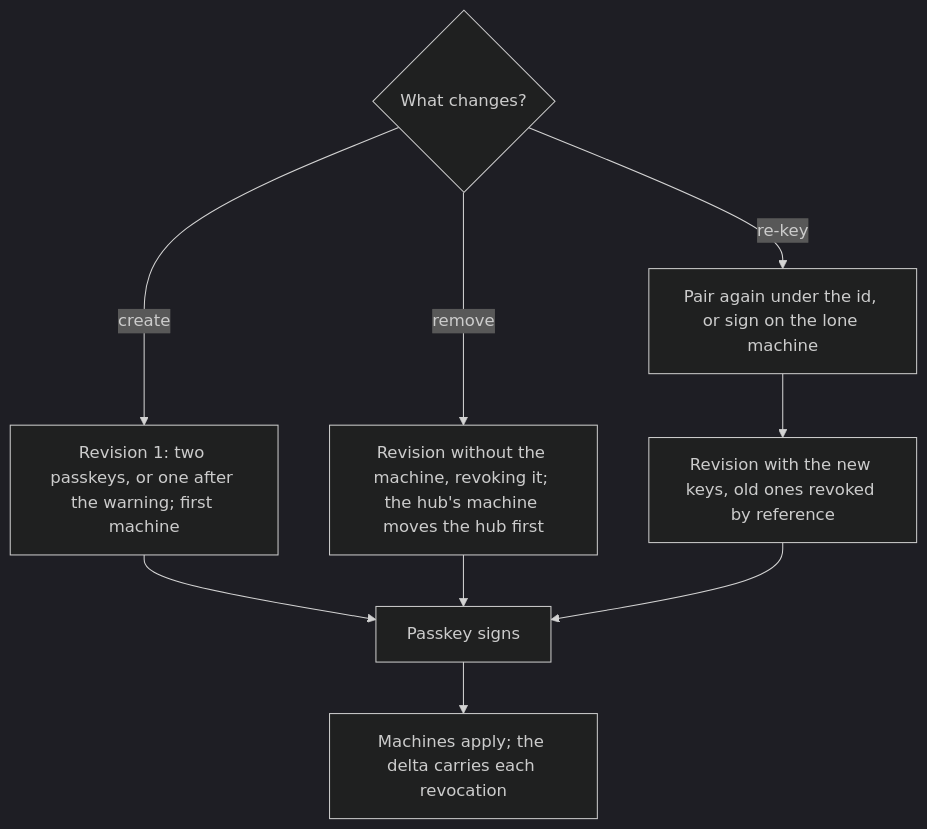
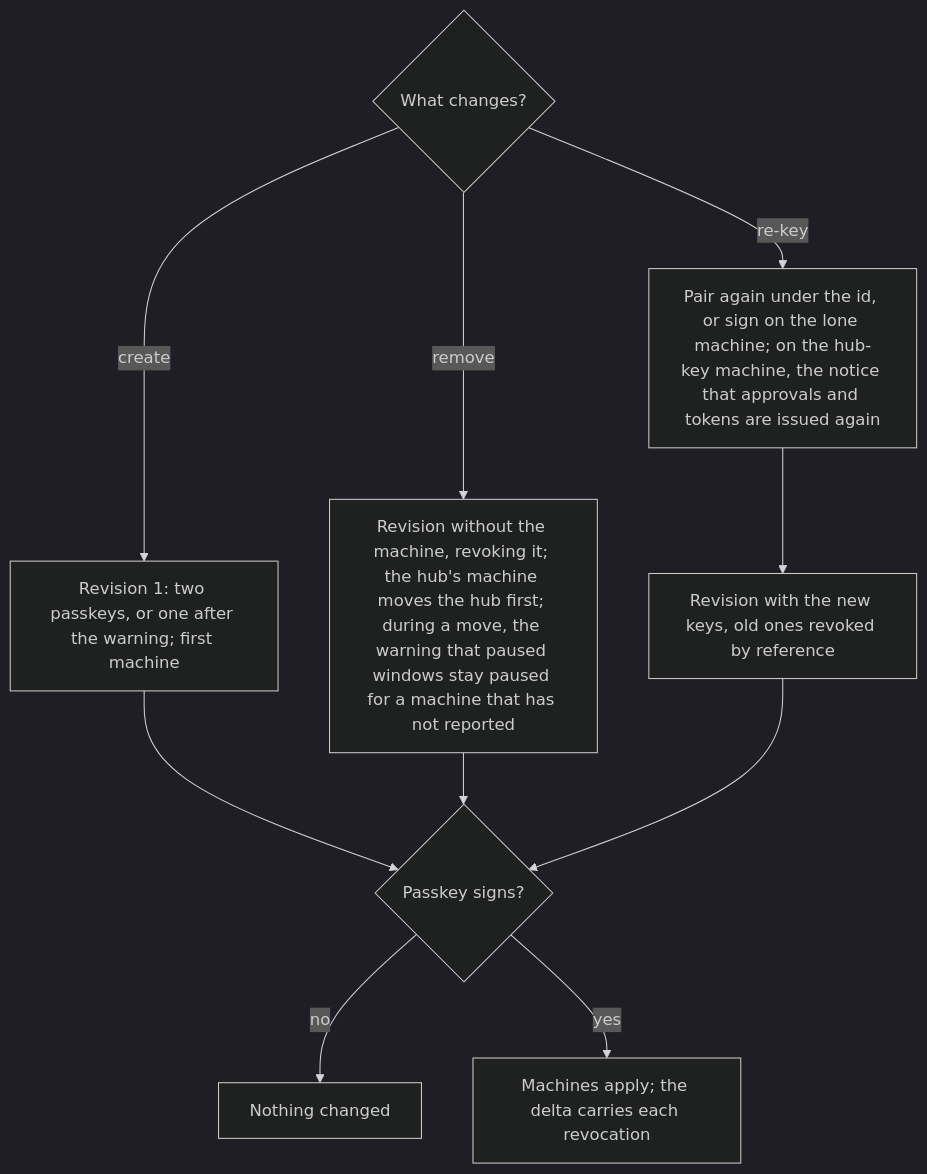
One commit to passioncode-ai/fabric-agent-contract changed diagram 20 of 34 in docs/ux/flows.md. Above: the diagram before and after it, drawn with Mermaid (dark theme). The commit also changed other lines of this file and 8 other files, not shown here.

````diff
--- a/docs/ux/flows.md
+++ b/docs/ux/flows.md
@@ -496,11 +496,12 @@
 ```mermaid
 flowchart TD
   A{What changes?} -->|create| C[Revision 1: two passkeys, or one after the warning; first machine]
-  A -->|remove| R[Revision without the machine, revoking it; the hub's machine moves the hub first]
-  A -->|re-key| K[Pair again under the id, or sign on the lone machine]
+  A -->|remove| R[Revision without the machine, revoking it; the hub's machine moves the hub first; during a move, the warning that paused windows stay paused for a machine that has not reported]
+  A -->|re-key| K[Pair again under the id, or sign on the lone machine; on the hub-key machine, the notice that approvals and tokens are issued again]
   K --> N[Revision with the new keys, old ones revoked by reference]
-  C --> S[Passkey signs]
+  C --> S{Passkey signs?}
   R --> S
   N --> S
-  S --> P[Machines apply; the delta carries each revocation]
+  S -->|no| X[Nothing changed]
+  S -->|yes| P[Machines apply; the delta carries each revocation]
 ```
````
